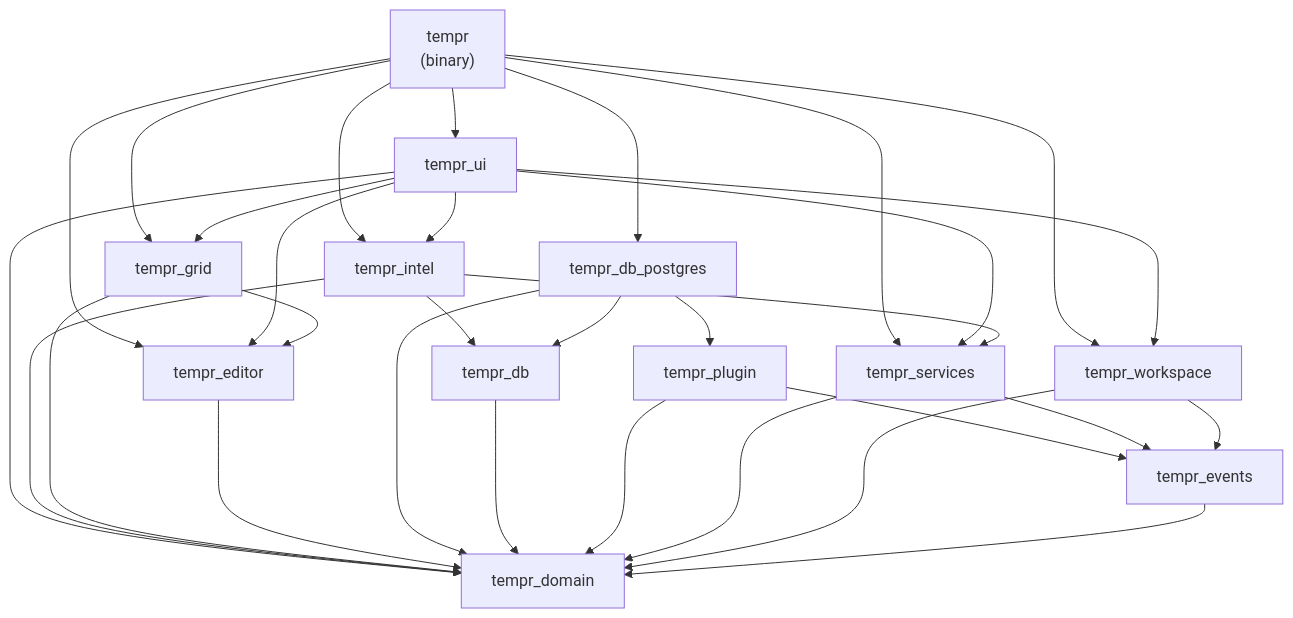
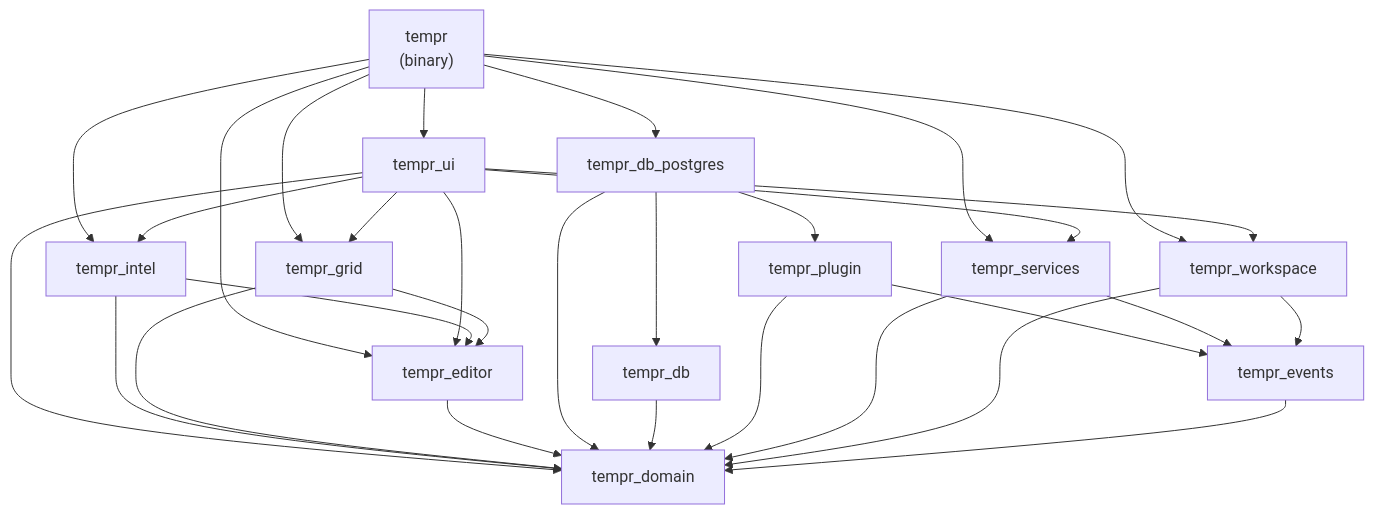
Before and after one commit to mohamad-kanso/Tempr: the second of 2 diagrams in docs/14-project-layout.md, drawn with Mermaid. The commit also changed other lines of this file and 16 other files, not shown here.

````diff
--- a/docs/14-project-layout.md
+++ b/docs/14-project-layout.md
@@ -136,58 +136,57 @@
 ```mermaid
 graph TD
     binary["tempr<br/>(binary)"]
 
     ui["tempr_ui"]
     intel["tempr_intel"]
     grid["tempr_grid"]
     editor["tempr_editor"]
 
     db_postgres["tempr_db_postgres"]
     db["tempr_db"]
     plugin["tempr_plugin"]
     services["tempr_services"]
     workspace["tempr_workspace"]
 
     events["tempr_events"]
     domain["tempr_domain"]
 
     binary --> ui
     binary --> intel
     binary --> grid
     binary --> editor
     binary --> db_postgres
     binary --> services
     binary --> workspace
 
     ui --> intel
     ui --> grid
     ui --> editor
     ui --> services
     ui --> workspace
     ui --> domain
 
-    intel --> services
     intel --> domain
-    intel --> db
+    intel --> editor
 
     grid --> domain
     grid --> editor
 
     editor --> domain
 
     db_postgres --> db
     db_postgres --> plugin
     db_postgres --> domain
 
     db --> domain
     plugin --> domain
     plugin --> events
 
     services --> domain
     services --> events
 
     workspace --> domain
     workspace --> events
 
     events --> domain
 ```
````
